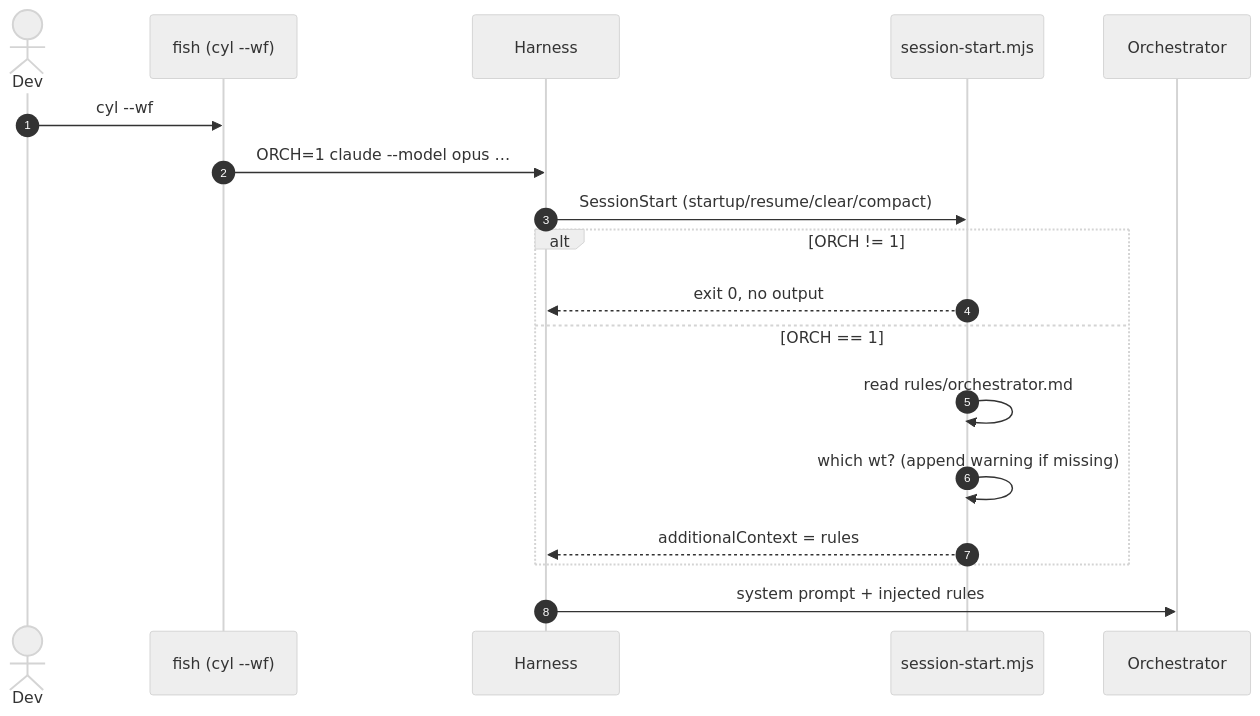
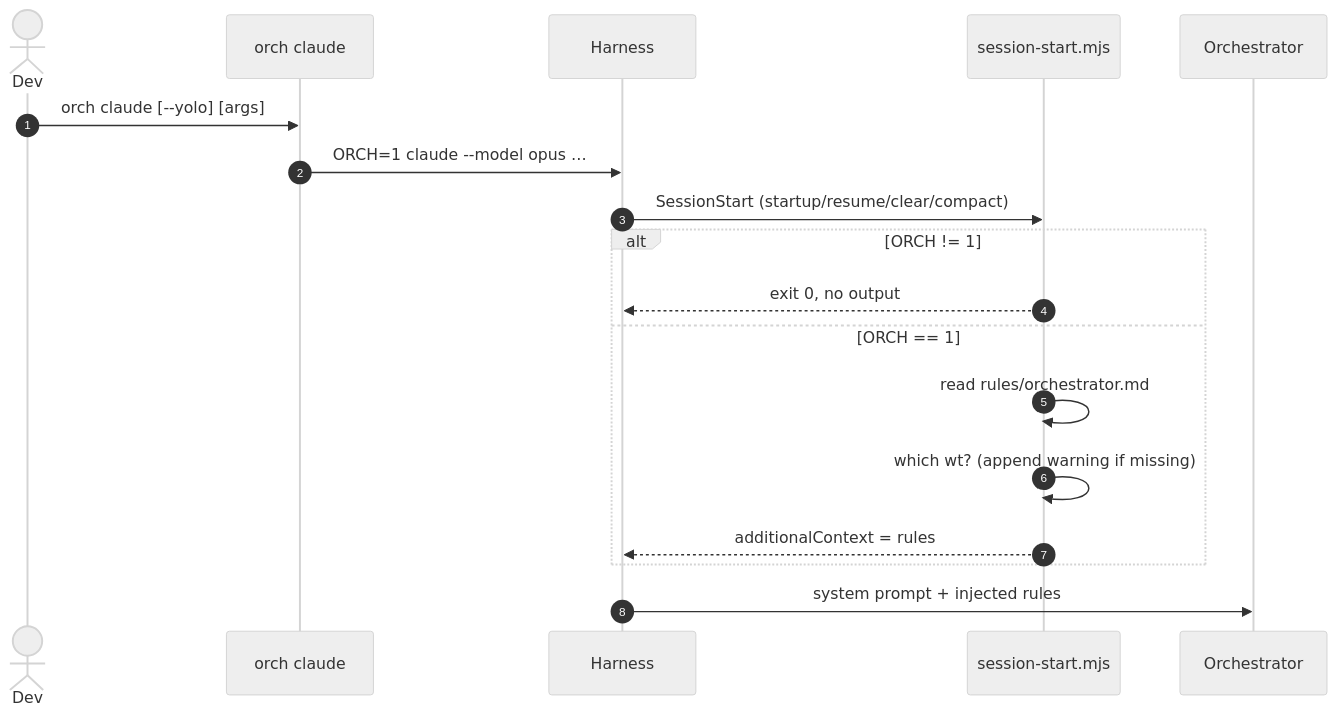
One commit to crafts69guy/orchestra changed the third of 9 diagrams in docs/ARCHITECTURE.md. Above: the diagram before and after it, drawn with Mermaid (neutral theme). The commit also changed other lines of this file and 26 other files, not shown here.

First line of the commit message:
feat: unified orch CLI and npm package (v0.3.0)

````diff
--- a/docs/ARCHITECTURE.md
+++ b/docs/ARCHITECTURE.md
@@ -113,21 +117,21 @@
 ```mermaid
 sequenceDiagram
   autonumber
   actor Dev
-  participant Shell as fish (cyl --wf)
+  participant CLI as orch claude
   participant H as Harness
   participant Hook as session-start.mjs
   participant Main as Orchestrator
 
-  Dev->>Shell: cyl --wf
-  Shell->>H: ORCH=1 claude --model opus …
+  Dev->>CLI: orch claude [--yolo] [args]
+  CLI->>H: ORCH=1 claude --model opus …
   H->>Hook: SessionStart (startup/resume/clear/compact)
   alt ORCH != 1
     Hook-->>H: exit 0, no output
   else ORCH == 1
     Hook->>Hook: read rules/orchestrator.md
     Hook->>Hook: which wt? (append warning if missing)
     Hook-->>H: additionalContext = rules
   end
   H->>Main: system prompt + injected rules
 ```
````
